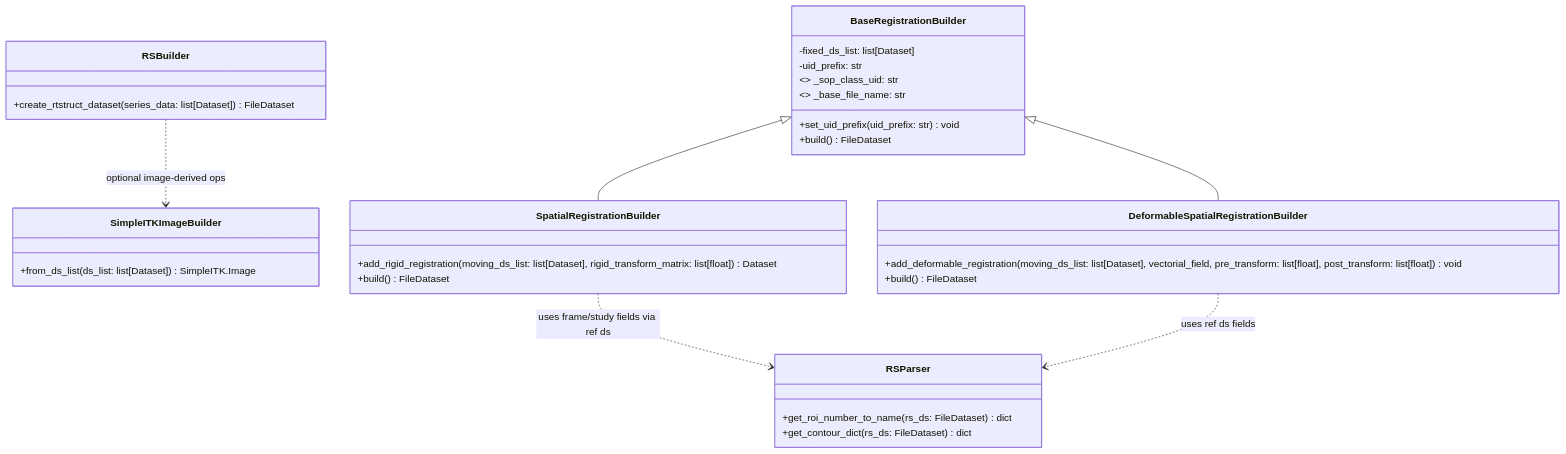
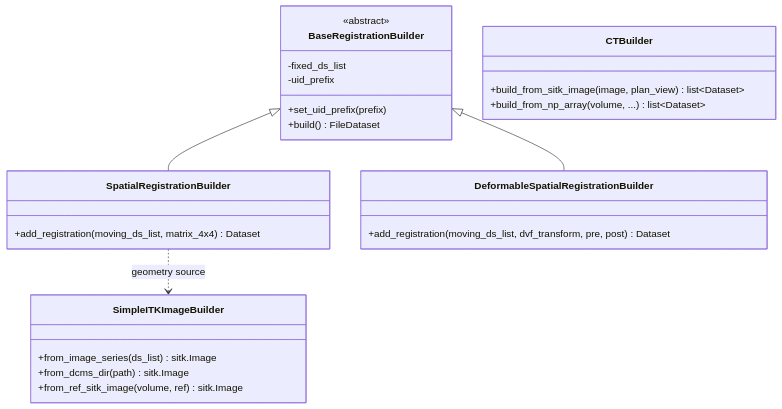
One commit to higumalu/pydicomRT changed the second of 2 diagrams in docs/architecture.md. Above: the diagram before and after it, drawn with Mermaid. The commit also changed other lines of this file and 83 other files, not shown here.

````diff
--- a/docs/architecture.md
+++ b/docs/architecture.md
@@ -126,40 +144,33 @@
 ```mermaid
 classDiagram
   class SimpleITKImageBuilder {
-    +from_ds_list(ds_list: list[Dataset]) SimpleITK.Image
+    +from_image_series(ds_list) sitk.Image
+    +from_dcms_dir(path) sitk.Image
+    +from_ref_sitk_image(volume, ref) sitk.Image
   }
 
   class BaseRegistrationBuilder {
-    -fixed_ds_list: list[Dataset]
-    -uid_prefix: str
-    +set_uid_prefix(uid_prefix: str) void
+    <<abstract>>
+    -fixed_ds_list
+    -uid_prefix
+    +set_uid_prefix(prefix)
     +build() FileDataset
-    <<abstract>> _sop_class_uid: str
-    <<abstract>> _base_file_name: str
   }
 
   class SpatialRegistrationBuilder {
-    +add_rigid_registration(moving_ds_list: list[Dataset], rigid_transform_matrix: list[float]) Dataset
-    +build() FileDataset
+    +add_registration(moving_ds_list, matrix_4x4) Dataset
   }
 
   class DeformableSpatialRegistrationBuilder {
-    +add_deformable_registration(moving_ds_list: list[Dataset], vectorial_field, pre_transform: list[float], post_transform: list[float]) void
-    +build() FileDataset
+    +add_registration(moving_ds_list, dvf_transform, pre, post) Dataset
   }
 
-  class RSBuilder {
-    +create_rtstruct_dataset(series_data: list[Dataset]) FileDataset
-  }
-
-  class RSParser {
-    +get_roi_number_to_name(rs_ds: FileDataset) dict
-    +get_contour_dict(rs_ds: FileDataset) dict
+  class CTBuilder {
+    +build_from_sitk_image(image, plan_view) list~Dataset~
+    +build_from_np_array(volume, ...) list~Dataset~
   }
 
   BaseRegistrationBuilder <|-- SpatialRegistrationBuilder
   BaseRegistrationBuilder <|-- DeformableSpatialRegistrationBuilder
-  RSBuilder ..> SimpleITKImageBuilder : optional image-derived ops
-  SpatialRegistrationBuilder ..> RSParser : uses frame/study fields via ref ds
-  DeformableSpatialRegistrationBuilder ..> RSParser : uses ref ds fields
+  SpatialRegistrationBuilder ..> SimpleITKImageBuilder : geometry source
 ```
````
